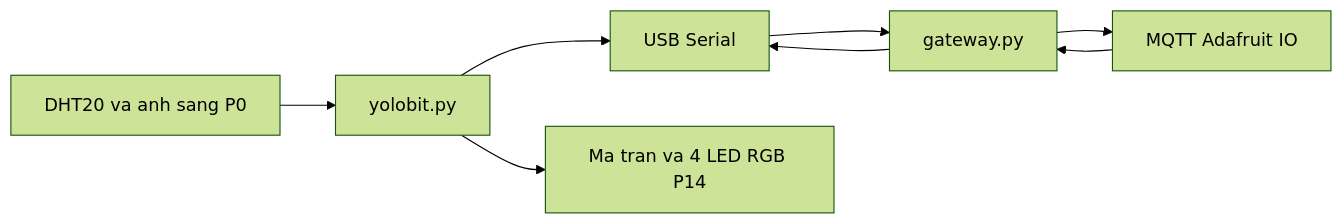
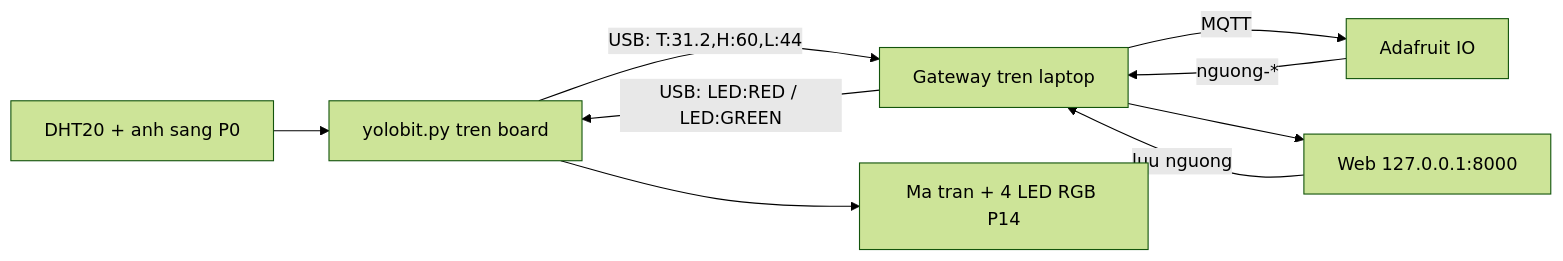
One commit to tuankhoi1007/YOLOHome changed the diagram in README.md. Above: the diagram before and after it, drawn with Mermaid (forest theme). The commit also changed other lines of this file, not shown here.

````diff
--- a/README.md
+++ b/README.md
@@ -48,10 +250,11 @@
 ```mermaid
 flowchart LR
-  dht[DHT20 va anh sang P0] --> yolo[yolobit.py]
-  yolo --> usb[USB Serial]
-  usb --> gw[gateway.py]
-  gw --> mqtt[MQTT Adafruit IO]
-  mqtt --> gw
-  gw --> usb
-  yolo --> den[Ma tran va 4 LED RGB P14]
+  dht[DHT20 + anh sang P0] --> yolo[yolobit.py tren board]
+  yolo -- "USB: T:31.2,H:60,L:44" --> gw[Gateway tren laptop]
+  gw -- "USB: LED:RED / LED:GREEN" --> yolo
+  gw -- MQTT --> aio[Adafruit IO]
+  aio -- "nguong-*" --> gw
+  gw --> web[Web 127.0.0.1:8000]
+  web -- "luu nguong" --> gw
+  yolo --> led[Ma tran + 4 LED RGB P14]
 ```
````
